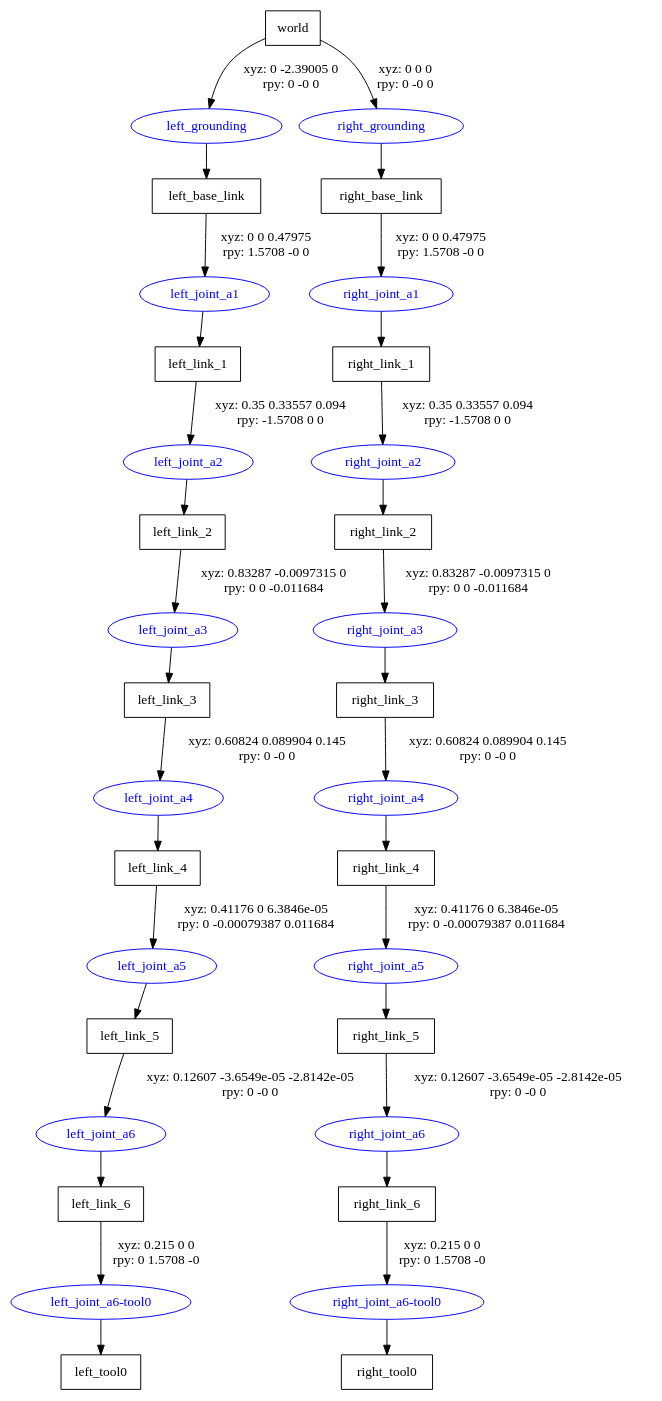
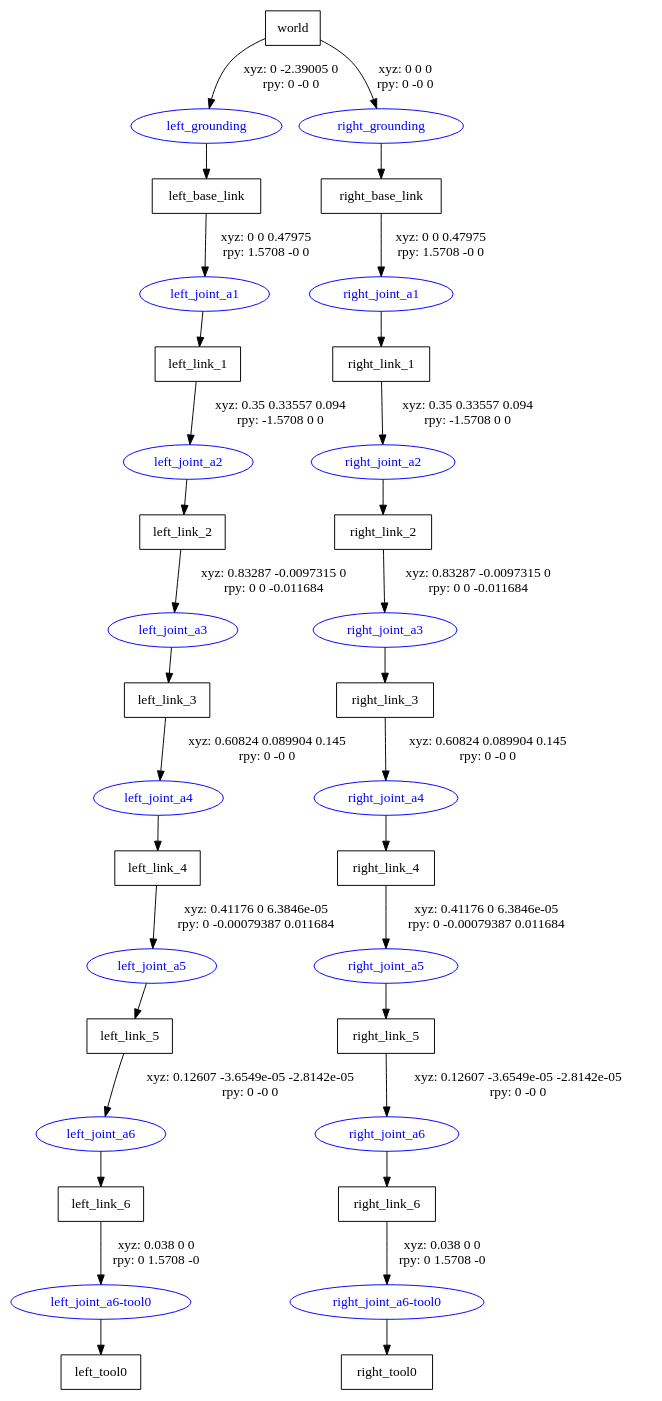
One commit to gramaziokohler/workshop_munich_2020 changed the diagram in kuka_kr60/kuka_kr60_support/urdf/UM_KR60_setup.gv. Above: the diagram before and after it, drawn with Graphviz. The commit also changed 2 other files, not shown here.

Commit message:
changing tool0 offset

```diff
--- a/kuka_kr60/kuka_kr60_support/urdf/UM_KR60_setup.gv
+++ b/kuka_kr60/kuka_kr60_support/urdf/UM_KR60_setup.gv
@@ -1,53 +1,53 @@
 digraph G {
 node [shape=box];
 "world" [label="world"];
 "left_base_link" [label="left_base_link"];
 "left_link_1" [label="left_link_1"];
 "left_link_2" [label="left_link_2"];
 "left_link_3" [label="left_link_3"];
 "left_link_4" [label="left_link_4"];
 "left_link_5" [label="left_link_5"];
 "left_link_6" [label="left_link_6"];
 "left_tool0" [label="left_tool0"];
 "right_base_link" [label="right_base_link"];
 "right_link_1" [label="right_link_1"];
 "right_link_2" [label="right_link_2"];
 "right_link_3" [label="right_link_3"];
 "right_link_4" [label="right_link_4"];
 "right_link_5" [label="right_link_5"];
 "right_link_6" [label="right_link_6"];
 "right_tool0" [label="right_tool0"];
 node [shape=ellipse, color=blue, fontcolor=blue];
 "world" -> "left_grounding" [label="xyz: 0 -2.39005 0 \nrpy: 0 -0 0"]
 "left_grounding" -> "left_base_link"
 "left_base_link" -> "left_joint_a1" [label="xyz: 0 0 0.47975 \nrpy: 1.5708 -0 0"]
 "left_joint_a1" -> "left_link_1"
 "left_link_1" -> "left_joint_a2" [label="xyz: 0.35 0.33557 0.094 \nrpy: -1.5708 0 0"]
 "left_joint_a2" -> "left_link_2"
 "left_link_2" -> "left_joint_a3" [label="xyz: 0.83287 -0.0097315 0 \nrpy: 0 0 -0.011684"]
 "left_joint_a3" -> "left_link_3"
 "left_link_3" -> "left_joint_a4" [label="xyz: 0.60824 0.089904 0.145 \nrpy: 0 -0 0"]
 "left_joint_a4" -> "left_link_4"
 "left_link_4" -> "left_joint_a5" [label="xyz: 0.41176 0 6.3846e-05 \nrpy: 0 -0.00079387 0.011684"]
 "left_joint_a5" -> "left_link_5"
 "left_link_5" -> "left_joint_a6" [label="xyz: 0.12607 -3.6549e-05 -2.8142e-05 \nrpy: 0 -0 0"]
 "left_joint_a6" -> "left_link_6"
-"left_link_6" -> "left_joint_a6-tool0" [label="xyz: 0.215 0 0 \nrpy: 0 1.5708 -0"]
+"left_link_6" -> "left_joint_a6-tool0" [label="xyz: 0.038 0 0 \nrpy: 0 1.5708 -0"]
 "left_joint_a6-tool0" -> "left_tool0"
 "world" -> "right_grounding" [label="xyz: 0 0 0 \nrpy: 0 -0 0"]
 "right_grounding" -> "right_base_link"
 "right_base_link" -> "right_joint_a1" [label="xyz: 0 0 0.47975 \nrpy: 1.5708 -0 0"]
 "right_joint_a1" -> "right_link_1"
 "right_link_1" -> "right_joint_a2" [label="xyz: 0.35 0.33557 0.094 \nrpy: -1.5708 0 0"]
 "right_joint_a2" -> "right_link_2"
 "right_link_2" -> "right_joint_a3" [label="xyz: 0.83287 -0.0097315 0 \nrpy: 0 0 -0.011684"]
 "right_joint_a3" -> "right_link_3"
 "right_link_3" -> "right_joint_a4" [label="xyz: 0.60824 0.089904 0.145 \nrpy: 0 -0 0"]
 "right_joint_a4" -> "right_link_4"
 "right_link_4" -> "right_joint_a5" [label="xyz: 0.41176 0 6.3846e-05 \nrpy: 0 -0.00079387 0.011684"]
 "right_joint_a5" -> "right_link_5"
 "right_link_5" -> "right_joint_a6" [label="xyz: 0.12607 -3.6549e-05 -2.8142e-05 \nrpy: 0 -0 0"]
 "right_joint_a6" -> "right_link_6"
-"right_link_6" -> "right_joint_a6-tool0" [label="xyz: 0.215 0 0 \nrpy: 0 1.5708 -0"]
+"right_link_6" -> "right_joint_a6-tool0" [label="xyz: 0.038 0 0 \nrpy: 0 1.5708 -0"]
 "right_joint_a6-tool0" -> "right_tool0"
 }
```
